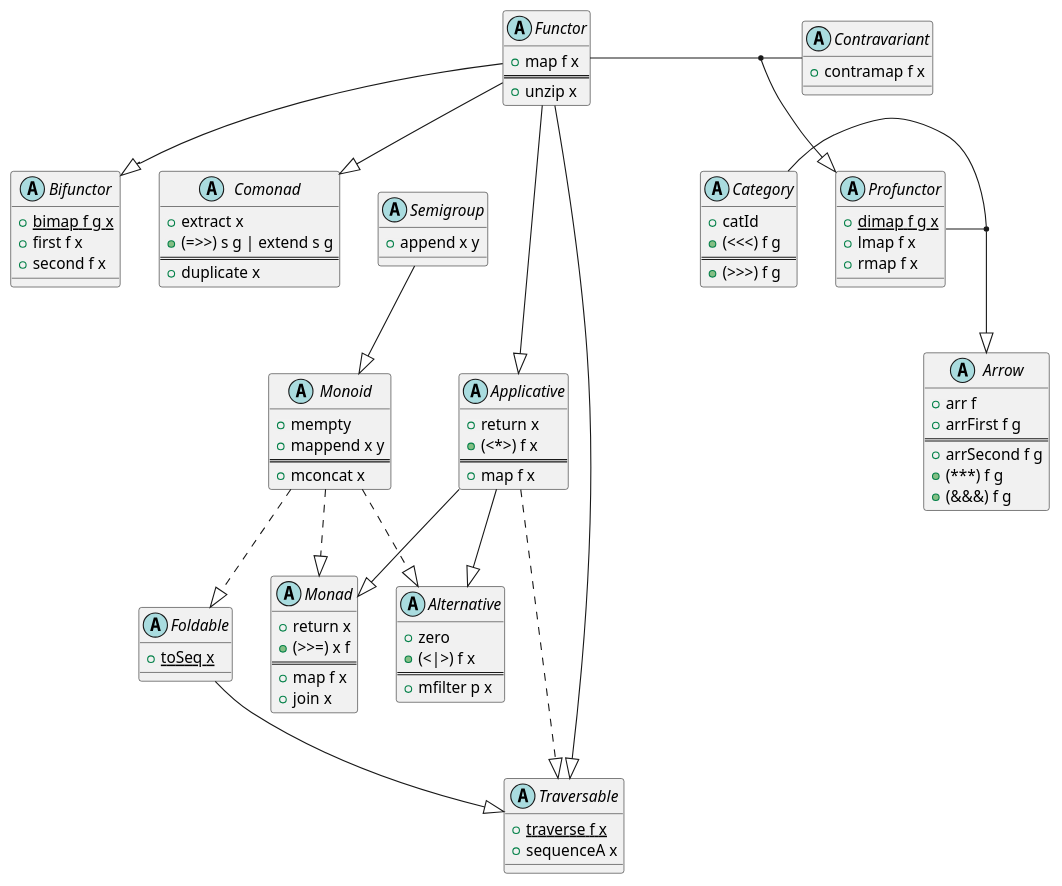
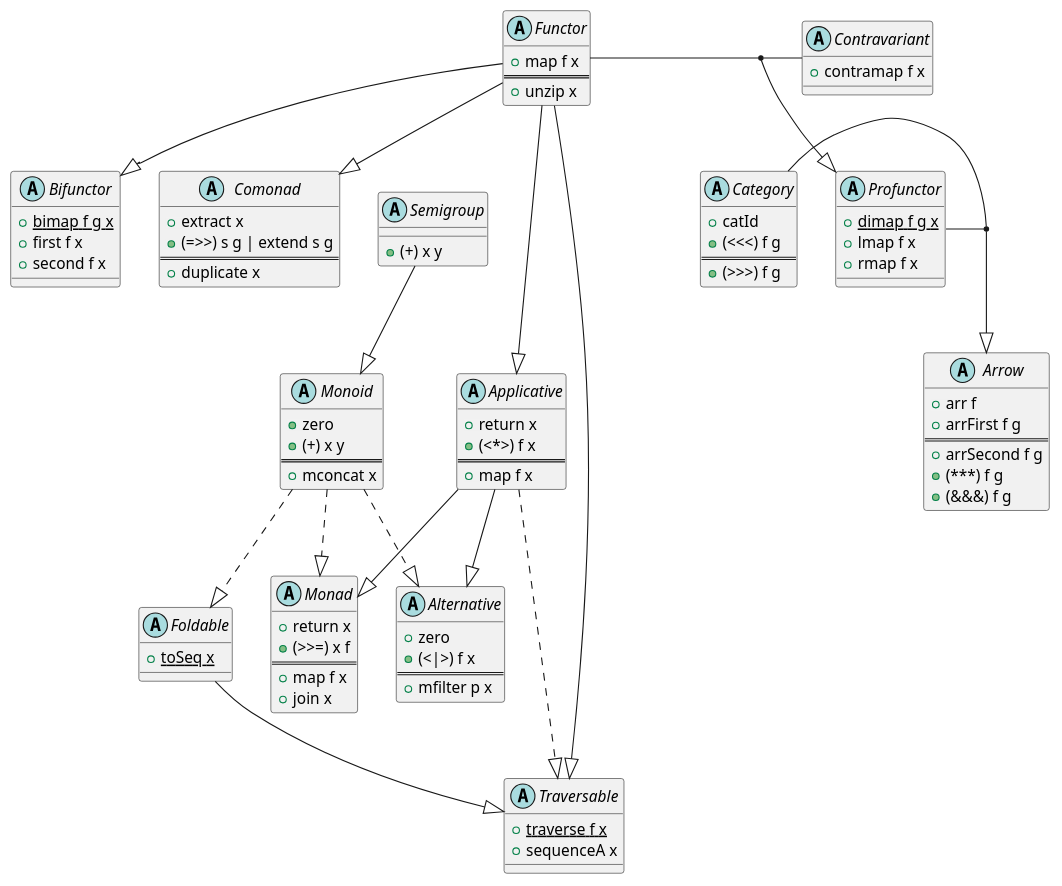
The diagram in docs/content/abstractions.plantuml (fsprojects/FSharpPlus), drawn with PlantUML before and after one commit. The commit also changed 23 other files, not shown here.

Commit message:
Rename (and unify) mempty to zero, mappend to plus. This also solves #38 by making the addition the default monoid for numeric types.

```diff
--- a/docs/content/abstractions.plantuml
+++ b/docs/content/abstractions.plantuml
@@ -1,119 +1,117 @@
 @startuml
-
 together {
 	abstract class Semigroup [[http://gusty.github.io/FSharpPlus/abstraction-semigroup.html]] {
-	  + append x y [[[http://gusty.github.io/FSharpPlus/abstraction-semigroup.html#mappend {Appends two semigroups} ]]]
+	  + (+) x y [[[http://gusty.github.io/FSharpPlus/abstraction-semigroup.html#plus {Appends two semigroups} ]]]
 	}
 
 	abstract class Comonad [[http://gusty.github.io/FSharpPlus/abstraction-comonad.html]] {
 	  + extract x [[[http://gusty.github.io/FSharpPlus/abstraction-comonad.html#extract]]]
 	  + (=>>) s g | extend s g [[[http://gusty.github.io/FSharpPlus/abstraction-comonad.html#extend]]]
 	  ==
 	  + duplicate x
 	}
 }
 
 abstract class Monoid [[http://gusty.github.io/FSharpPlus/abstraction-monoid.html]] {
-  + mempty [[[http://gusty.github.io/FSharpPlus/abstraction-monoid.html#mempty {Identity for mappend} ]]]
-  + mappend x y [[[http://gusty.github.io/FSharpPlus/abstraction-monoid.html#mappend {Appends both monoids} ]]]
+  + zero [[[http://gusty.github.io/FSharpPlus/abstraction-monoid.html#zero {Identity for (+)} ]]]
+  + (+) x y [[[http://gusty.github.io/FSharpPlus/abstraction-monoid.html#plus {Appends both monoids} ]]]
   ==
   + mconcat x [[[http://gusty.github.io/FSharpPlus/abstraction-monoid.html#mconcat {Flatten a sequence of monoids} ]]]
 }
 
 
 abstract class Functor [[http://gusty.github.io/FSharpPlus/abstraction-functor.html]] {
   + map f x [[[http://gusty.github.io/FSharpPlus/abstraction-functor.html#map {Lift a function into a Functor} ]]]
   ==
   + unzip x
 }
 
 abstract class Contravariant [[http://gusty.github.io/FSharpPlus/abstraction-contravariant.html]] {
   + contramap f x [[[http://gusty.github.io/FSharpPlus/abstraction-contravariant.html#contramap]]]
 }
 
 
 abstract class Applicative [[http://gusty.github.io/FSharpPlus/abstraction-applicative.html]] {
   + return x [[[http://gusty.github.io/FSharpPlus/abstraction-monad.html#return {Lift a value into a Functor} ]]]
   + (<*>) f x [[[http://gusty.github.io/FSharpPlus/abstraction-applicative.html {Apply a lifted argument to a lifted function} ]]]
   ==
   + map f x [[[http://gusty.github.io/FSharpPlus/abstraction-functor.html#map {Lift a function into a Functor} ]]]
 }
 
 abstract class Alternative [[http://gusty.github.io/FSharpPlus/abstraction-alternative.html]] {
   + zero [[[http://gusty.github.io/FSharpPlus/abstraction-alternative.html]]]
   + (<|>) f x [[[http://gusty.github.io/FSharpPlus/abstraction-alternative.html]]]
   ==
   + mfilter p x [[[http://gusty.github.io/FSharpPlus/abstraction-alternative.html#mfilter {Returns all values satisfying the predicate, if the predicate returns false will use the empty value} ]]]
 }
 
 abstract class Monad [[http://gusty.github.io/FSharpPlus/abstraction-monad.html]] {
   + return x [[[http://gusty.github.io/FSharpPlus/abstraction-monad.html#return {Lift a value into a Functor} ]]]
   + (>>=) x f [[[http://gusty.github.io/FSharpPlus/abstraction-monad.html#bind {Takes a monadic value and a function from a plain type to a monadic value, and returns a new monadic value} ]]]
   ==
   + map f x [[[http://gusty.github.io/FSharpPlus/abstraction-functor.html#map {Lift a function into a Functor} ]]]
   + join x [[[http://gusty.github.io/FSharpPlus/abstraction-functor.html#join {Flattens two layers of monadic information into one} ]]]
 }
 
 
 abstract class Bifunctor [[http://gusty.github.io/FSharpPlus/abstraction-bifunctor.html]] {
   + {static} bimap f g x [[[http://gusty.github.io/FSharpPlus/abstraction-bifunctor.html#bimap]]]
   + first f x [[[http://gusty.github.io/FSharpPlus/abstraction-bifunctor.html#first]]]
   + second f x [[[http://gusty.github.io/FSharpPlus/abstraction-bifunctor.html#second]]]
 }
 
 
 
 abstract class Foldable [[http://gusty.github.io/FSharpPlus/abstraction-foldable.html]] {
   {static} + toSeq x [[[http://gusty.github.io/FSharpPlus/abstraction-foldable.html#toSeq {Converts to a seq} ]]]
 }
 
 
 abstract class Traversable [[http://gusty.github.io/FSharpPlus/abstraction-traversable.html]] {
   {static} + traverse f x [[[http://gusty.github.io/FSharpPlus/abstraction-traversable.html#traverse {Map each element of a structure to an action, evaluate them left to right and collect result }]]]
   + sequenceA x [[[http://gusty.github.io/FSharpPlus/abstraction-traversable.html#sequenceA {Evaluate each action in the structure left to right and collect the result } ]]]
 }
 
 together {
 	abstract class Profunctor [[http://gusty.github.io/FSharpPlus/abstraction-profunctor.html]] {
 	  + {static} dimap f g x [[[http://gusty.github.io/FSharpPlus/abstraction-profunctor.html#dimap]]]
 	  + lmap f x [[[http://gusty.github.io/FSharpPlus/abstraction-profunctor.html#lmap]]]
 	  + rmap f x [[[http://gusty.github.io/FSharpPlus/abstraction-profunctor.html#rmap]]]
 	}
 
 	abstract class Category [[http://gusty.github.io/FSharpPlus/abstraction-category.html]] {
 	  + catId [[[http://gusty.github.io/FSharpPlus/abstraction-category.html#catId {The identity morphism. }]]]
 	  + (<<<) f g [[[http://gusty.github.io/FSharpPlus/abstraction-category.html#catComp {Right-to-left morphism composition. } ]]]
 	  ==
 	  + (>>>) f g [[[http://gusty.github.io/FSharpPlus/abstraction-category.html#catComp {Left-to-right morphism composition. } ]]]
 	}
 }
 
 abstract class Arrow [[http://gusty.github.io/FSharpPlus/abstraction-arrow.html]] {
   + arr f [[[http://gusty.github.io/FSharpPlus/abstraction-arrow.html#arr {Lift a function to an arrow. }]]]
   + arrFirst f g [[[http://gusty.github.io/FSharpPlus/abstraction-arrow.html#arrFirst {Send the 1st component of the input through the argument arrow and copy the rest unchanged to the output. } ]]]
   ==
   + arrSecond f g [[[http://gusty.github.io/FSharpPlus/abstraction-arrow.html#arrSecond {Send the 2nd component of the input through the argument arrow and copy the rest unchanged to the output. } ]]]
   + (***) f g [[[http://gusty.github.io/FSharpPlus/abstraction-arrow.html#arrCombine {Split the input between the two argument arrows and combine their output. } ]]]
   + (&&&) f g [[[http://gusty.github.io/FSharpPlus/abstraction-arrow.html#fanout {Send the input to both argument arrows and combine their output. } ]]]
 }
 
 
 
 Semigroup  --|> Monoid 
 Functor  --|> Bifunctor
 Functor  --|> Applicative
 Applicative  --|> Monad
 Applicative  --|> Alternative
 Monoid ..|> Monad
 Monoid ..|> Foldable
 Functor --|> Comonad
 Functor --|> Traversable
 Foldable --|> Traversable
 Applicative ..|> Traversable
 Monoid ..|> Alternative
 Functor - Contravariant
 (Functor, Contravariant) --|> Profunctor
 Profunctor - Category
 (Profunctor, Category) --|>  Arrow
-
 @enduml
```
